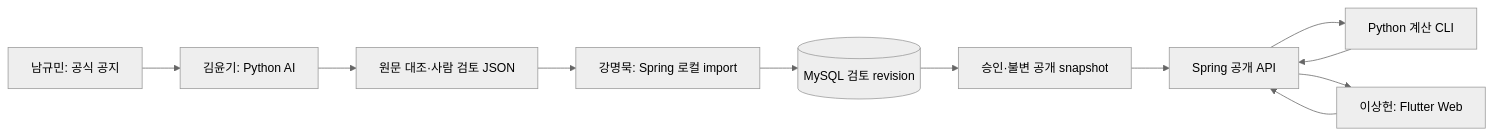
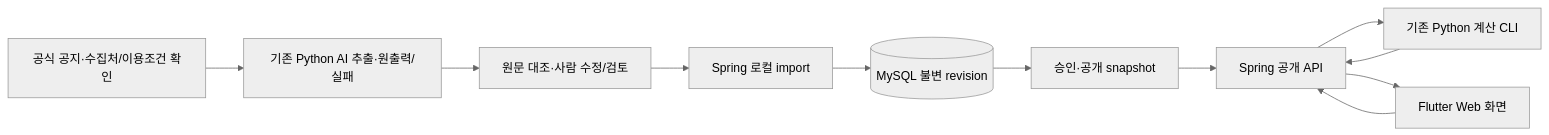
Before and after one commit to nam9ming/myai: the diagram in docs/spec/08_기술구성과연결.md, drawn with Mermaid (neutral theme). The commit also changed other lines of this file and 31 other files, not shown here.

````diff
--- a/docs/spec/08_기술구성과연결.md
+++ b/docs/spec/08_기술구성과연결.md
@@ -22,13 +21,13 @@
 ```mermaid
 flowchart LR
- A[남규민: 공식 공지] --> B[김윤기: Python AI]
- B --> C[원문 대조·사람 검토 JSON]
- C --> D[강명묵: Spring 로컬 import]
- D --> E[(MySQL 검토 revision)]
- E --> F[승인·불변 공개 snapshot]
- G[이상헌: Flutter Web] --> H[Spring 공개 API]
+ A[공식 공지·수집처/이용조건 확인] --> B[기존 Python AI 추출·원출력/실패]
+ B --> C[원문 대조·사람 수정/검토]
+ C --> D[Spring 로컬 import]
+ D --> E[(MySQL 불변 revision)]
+ E --> F[승인·공개 snapshot]
+ G[Flutter Web 화면] --> H[Spring 공개 API]
  F --> H
- H --> I[Python 계산 CLI]
+ H --> I[기존 Python 계산 CLI]
  I --> H
  H --> G
 ```
````
